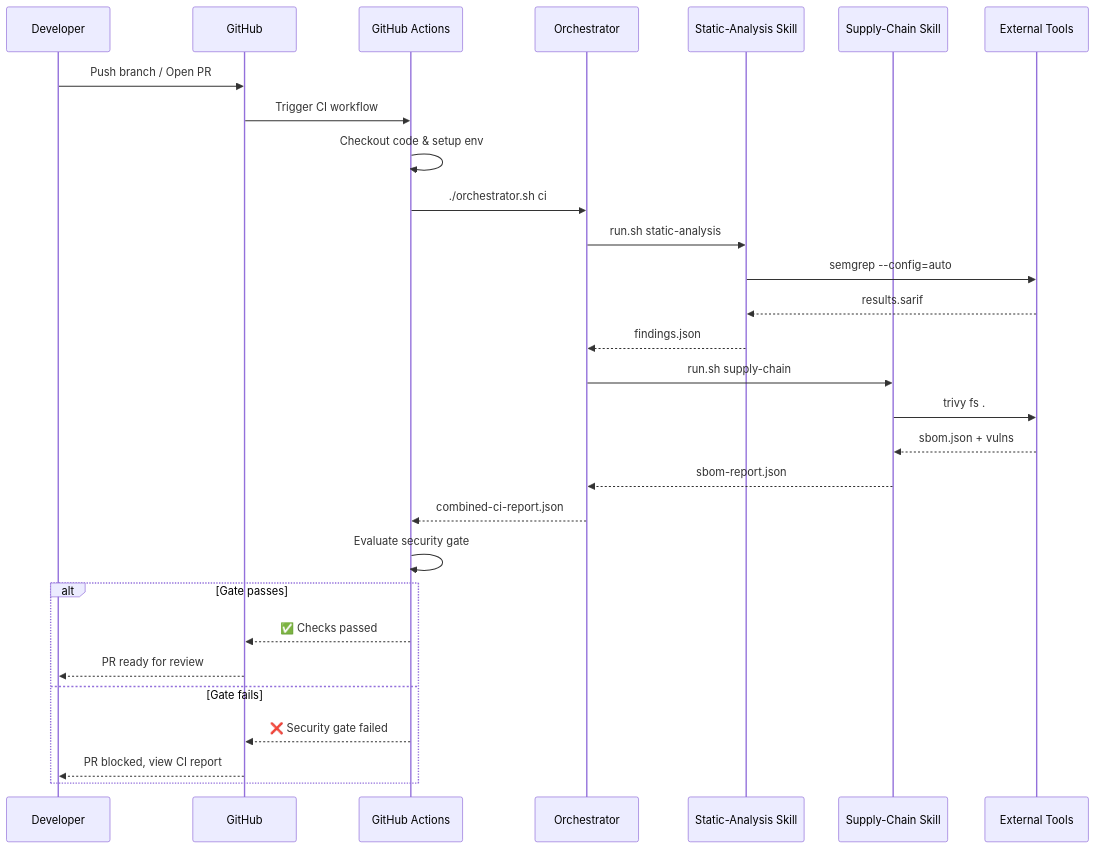
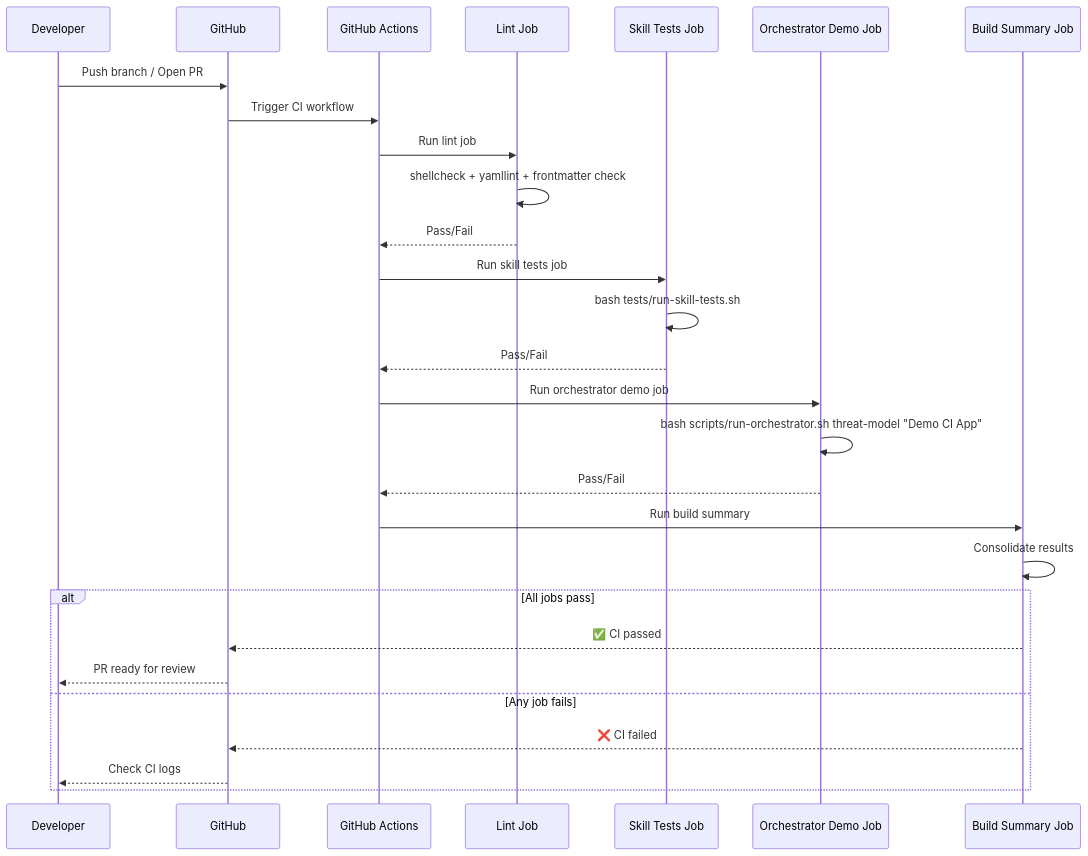
One commit to rohit-barui/CyberSecurity-Superpowers changed the third of 3 diagrams in docs/architecture/sequence-diagrams.md. Above: the diagram before and after it, drawn with Mermaid. The commit also changed other lines of this file and 18 other files, not shown here.

````diff
--- a/docs/architecture/sequence-diagrams.md
+++ b/docs/architecture/sequence-diagrams.md
@@ -70,32 +77,31 @@
 ```mermaid
 sequenceDiagram
     participant Dev as Developer
     participant GH as GitHub
     participant GHA as GitHub Actions
-    participant Orch as Orchestrator
-    participant SA as Static-Analysis Skill
-    participant SBOM as Supply-Chain Skill
-    participant Tools as External Tools
+    participant Lint as Lint Job
+    participant Tests as Skill Tests Job
+    participant Orch as Orchestrator Demo Job
+    participant Build as Build Summary Job
 
     Dev->>GH: Push branch / Open PR
     GH->>GHA: Trigger CI workflow
-    GHA->>GHA: Checkout code & setup env
-    GHA->>Orch: ./orchestrator.sh ci
-    Orch->>SA: run.sh static-analysis
-    SA->>Tools: semgrep --config=auto
-    Tools-->>SA: results.sarif
-    SA-->>Orch: findings.json
-    Orch->>SBOM: run.sh supply-chain
-    SBOM->>Tools: trivy fs .
-    Tools-->>SBOM: sbom.json + vulns
-    SBOM-->>Orch: sbom-report.json
-    Orch-->>GHA: combined-ci-report.json
-    GHA->>GHA: Evaluate security gate
-    alt Gate passes
-        GHA-->>GH: ✅ Checks passed
+    GHA->>Lint: Run lint job
+    Lint->>Lint: shellcheck + yamllint + frontmatter check
+    Lint-->>GHA: Pass/Fail
+    GHA->>Tests: Run skill tests job
+    Tests->>Tests: bash tests/run-skill-tests.sh
+    Tests-->>GHA: Pass/Fail
+    GHA->>Orch: Run orchestrator demo job
+    Orch->>Orch: bash scripts/run-orchestrator.sh threat-model "Demo CI App"
+    Orch-->>GHA: Pass/Fail
+    GHA->>Build: Run build summary
+    Build->>Build: Consolidate results
+    alt All jobs pass
+        Build-->>GH: ✅ CI passed
         GH-->>Dev: PR ready for review
-    else Gate fails
-        GHA-->>GH: ❌ Security gate failed
-        GH-->>Dev: PR blocked, view CI report
+    else Any job fails
+        Build-->>GH: ❌ CI failed
+        GH-->>Dev: Check CI logs
     end
 ```
````
